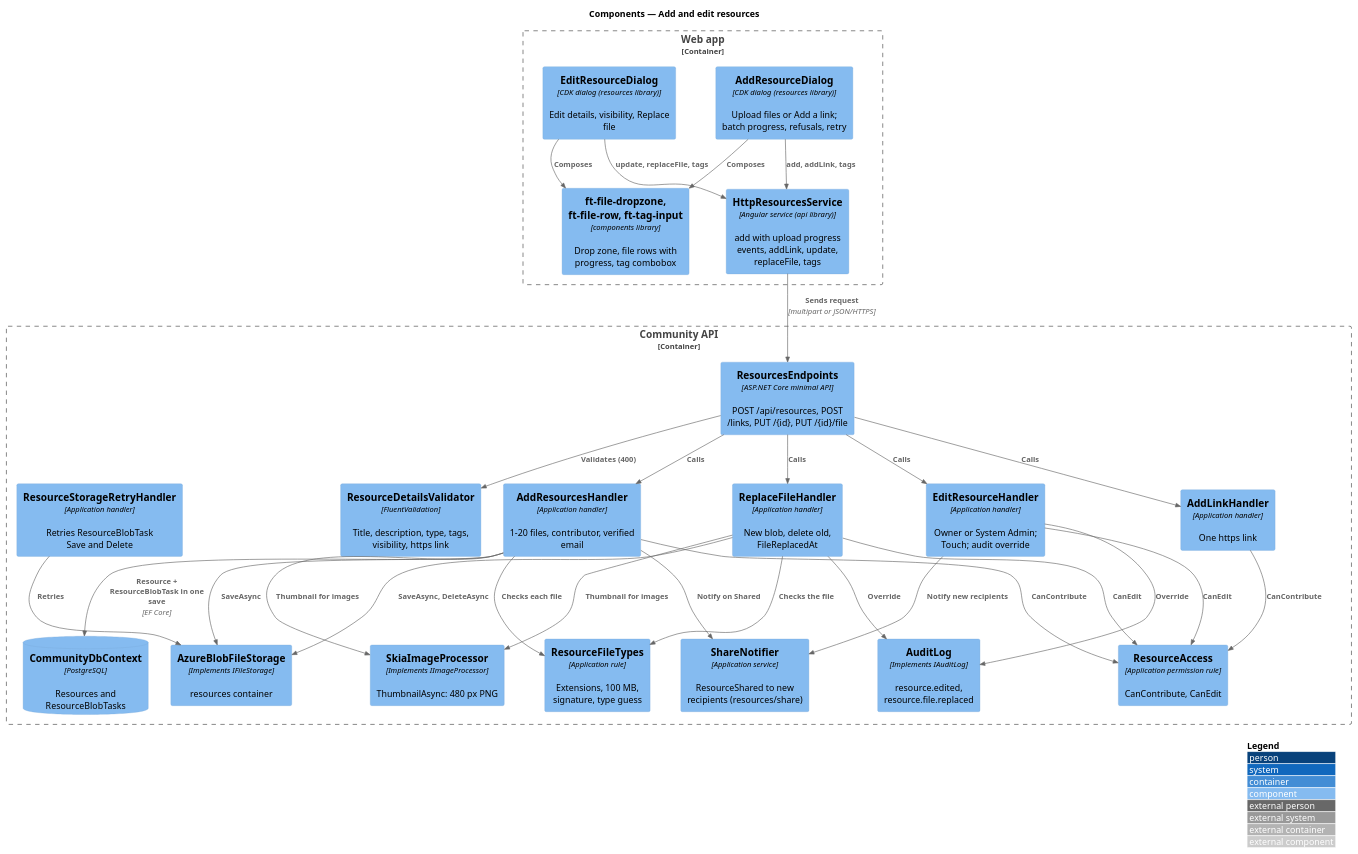
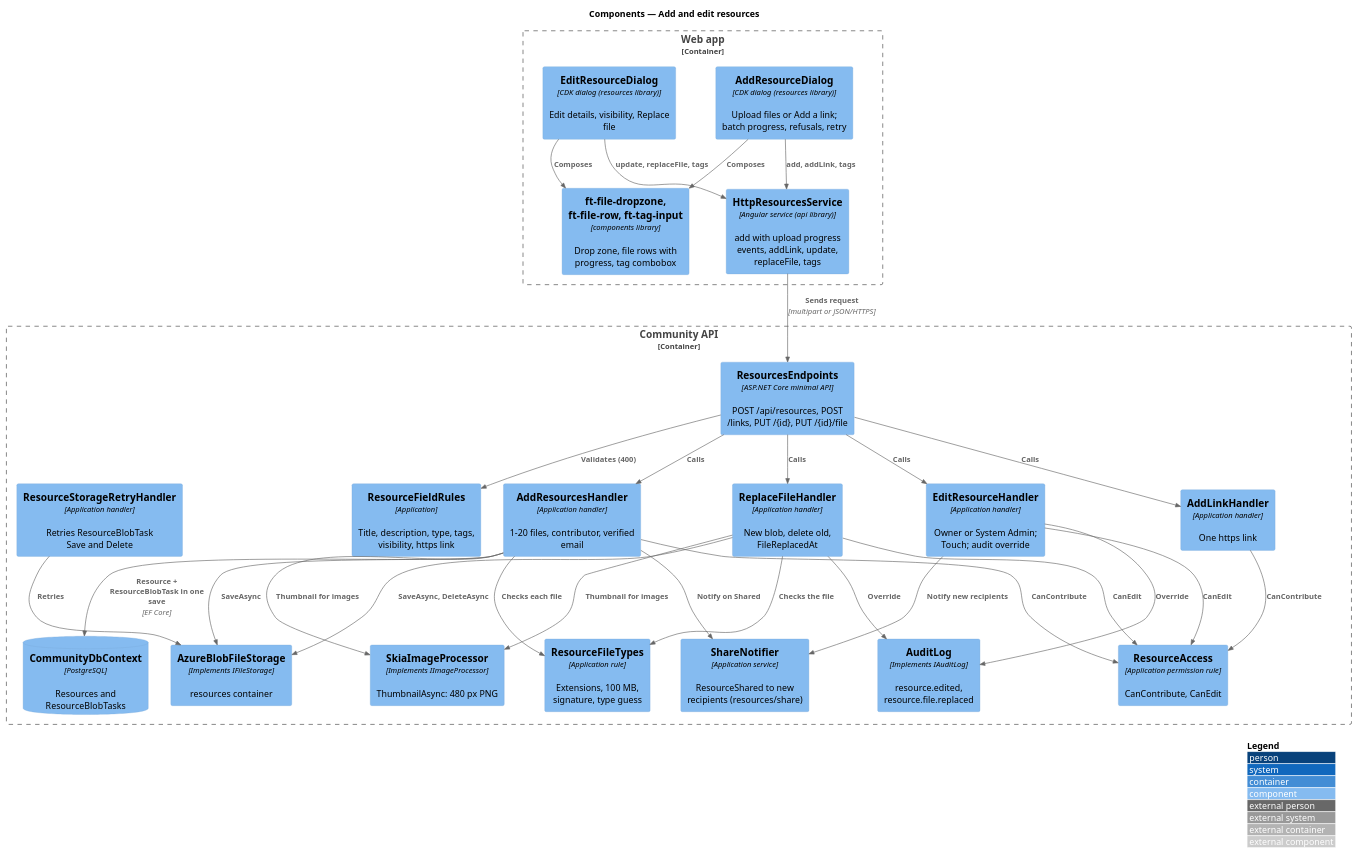
Before and after one commit to QuinntyneBrown/faithtech-community: the diagram in docs/detailed-designs/resources/add-and-edit/diagrams/c4-component.puml, drawn with PlantUML. The commit also changed 30 other files, not shown here.

```diff
--- a/docs/detailed-designs/resources/add-and-edit/diagrams/c4-component.puml
+++ b/docs/detailed-designs/resources/add-and-edit/diagrams/c4-component.puml
@@ -1,53 +1,53 @@
 @startuml
 !include <C4/C4_Component>
 LAYOUT_WITH_LEGEND()
 title Components — Add and edit resources
 Container_Boundary(web, "Web app") {
   Component(add, "AddResourceDialog", "CDK dialog (resources library)", "Upload files or Add a link; batch progress, refusals, retry")
   Component(edit, "EditResourceDialog", "CDK dialog (resources library)", "Edit details, visibility, Replace file")
   Component(ui, "ft-file-dropzone, ft-file-row, ft-tag-input", "components library", "Drop zone, file rows with progress, tag combobox")
   Component(svc, "HttpResourcesService", "Angular service (api library)", "add with upload progress events, addLink, update, replaceFile, tags")
 }
 Container_Boundary(api, "Community API") {
   Component(ep, "ResourcesEndpoints", "ASP.NET Core minimal API", "POST /api/resources, POST /links, PUT /{id}, PUT /{id}/file")
-  Component(val, "ResourceDetailsValidator", "FluentValidation", "Title, description, type, tags, visibility, https link")
+  Component(val, "ResourceFieldRules", "Application", "Title, description, type, tags, visibility, https link")
   Component(addh, "AddResourcesHandler", "Application handler", "1-20 files, contributor, verified email")
   Component(linkh, "AddLinkHandler", "Application handler", "One https link")
   Component(edith, "EditResourceHandler", "Application handler", "Owner or System Admin; Touch; audit override")
   Component(reph, "ReplaceFileHandler", "Application handler", "New blob, delete old, FileReplacedAt")
   Component(types, "ResourceFileTypes", "Application rule", "Extensions, 100 MB, signature, type guess")
   Component(acc, "ResourceAccess", "Application permission rule", "CanContribute, CanEdit")
   Component(share, "ShareNotifier", "Application service", "ResourceShared to new recipients (resources/share)")
   Component(retry, "ResourceStorageRetryHandler", "Application handler", "Retries ResourceBlobTask Save and Delete")
   Component(img, "SkiaImageProcessor", "Implements IImageProcessor", "ThumbnailAsync: 480 px PNG")
   Component(store, "AzureBlobFileStorage", "Implements IFileStorage", "resources container")
   Component(audit, "AuditLog", "Implements IAuditLog", "resource.edited, resource.file.replaced")
   ComponentDb(db, "CommunityDbContext", "PostgreSQL", "Resources and ResourceBlobTasks")
 }
 Rel(add, ui, "Composes")
 Rel(edit, ui, "Composes")
 Rel(add, svc, "add, addLink, tags")
 Rel(edit, svc, "update, replaceFile, tags")
 Rel(svc, ep, "Sends request", "multipart or JSON/HTTPS")
 Rel(ep, val, "Validates (400)")
 Rel(ep, addh, "Calls")
 Rel(ep, linkh, "Calls")
 Rel(ep, edith, "Calls")
 Rel(ep, reph, "Calls")
 Rel(addh, types, "Checks each file")
 Rel(reph, types, "Checks the file")
 Rel(addh, acc, "CanContribute")
 Rel(linkh, acc, "CanContribute")
 Rel(edith, acc, "CanEdit")
 Rel(reph, acc, "CanEdit")
 Rel(addh, img, "Thumbnail for images")
 Rel(reph, img, "Thumbnail for images")
 Rel(addh, store, "SaveAsync")
 Rel(reph, store, "SaveAsync, DeleteAsync")
 Rel(addh, share, "Notify on Shared")
 Rel(edith, share, "Notify new recipients")
 Rel(edith, audit, "Override")
 Rel(reph, audit, "Override")
 Rel(retry, store, "Retries")
 Rel(addh, db, "Resource + ResourceBlobTask in one save", "EF Core")
 @enduml
```
